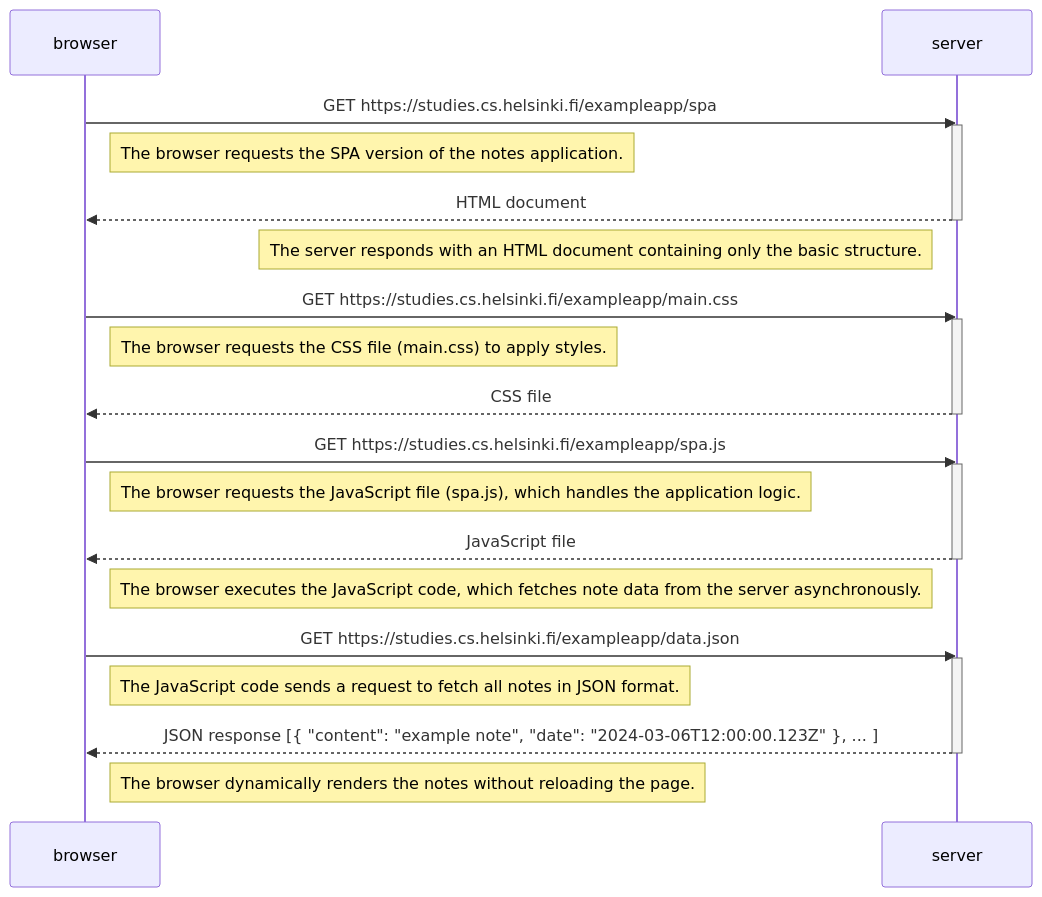
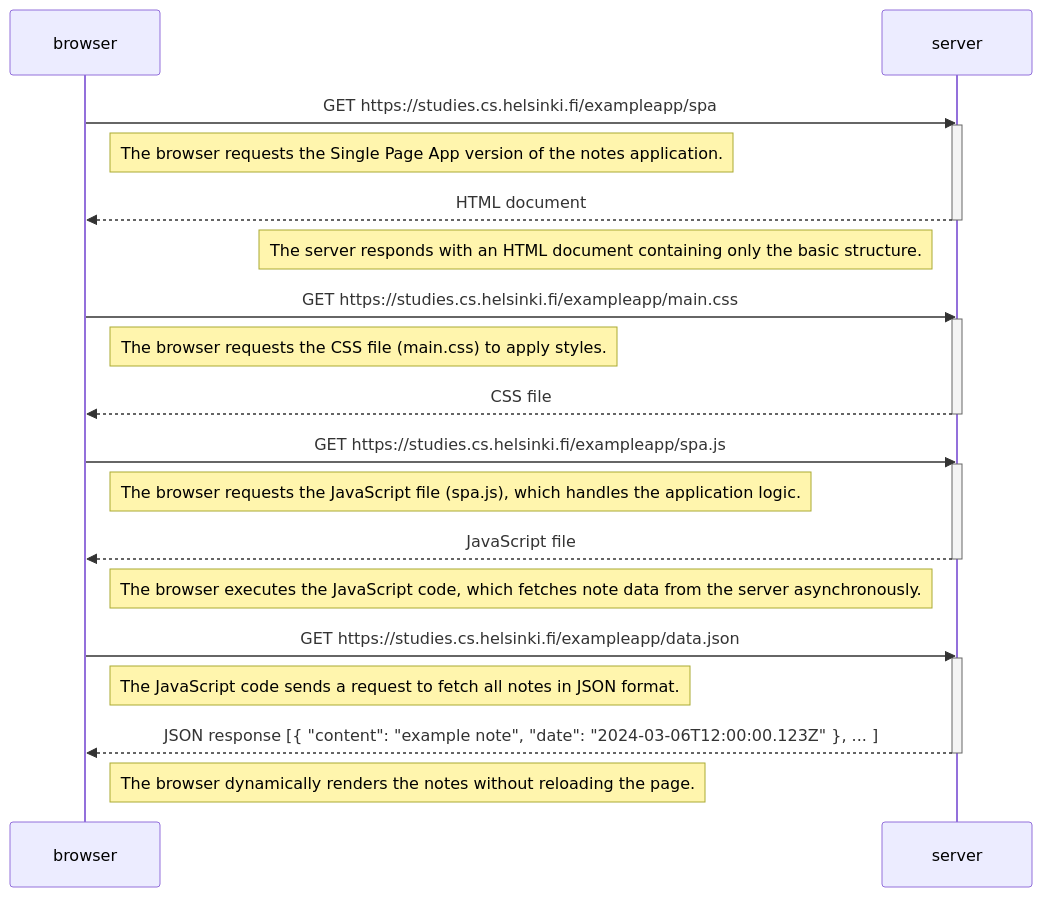
Before and after one commit to Maahantuoja/mooc_fullstackopen_palautusrepositorio: the second of 3 diagrams in osa0/README.md, drawn with Mermaid. The commit also changed other lines of this file, not shown here.

````diff
--- a/osa0/README.md
+++ b/osa0/README.md
@@ -58,43 +58,43 @@
 ```mermaid
 sequenceDiagram
     participant browser
     participant server
 
     browser->>server: GET https://studies.cs.helsinki.fi/exampleapp/spa
     activate server
 
-    Note right of browser: The browser requests the SPA version of the notes application.
+    Note right of browser: The browser requests the Single Page App version of the notes application.
 
     server-->>browser: HTML document
     deactivate server
 
     Note left of server: The server responds with an HTML document containing only the basic structure.
 
     browser->>server: GET https://studies.cs.helsinki.fi/exampleapp/main.css
     activate server
 
     Note right of browser: The browser requests the CSS file (main.css) to apply styles.
 
     server-->>browser: CSS file
     deactivate server
     
     browser->>server: GET https://studies.cs.helsinki.fi/exampleapp/spa.js
     activate server
 
     Note right of browser: The browser requests the JavaScript file (spa.js), which handles the application logic.
 
     server-->>browser: JavaScript file
     deactivate server
 
     Note right of browser: The browser executes the JavaScript code, which fetches note data from the server asynchronously.
 
     browser->>server: GET https://studies.cs.helsinki.fi/exampleapp/data.json
     activate server
 
     Note right of browser: The JavaScript code sends a request to fetch all notes in JSON format.
 
     server-->>browser: JSON response [{ "content": "example note", "date": "2024-03-06T12:00:00.123Z" }, ... ]
     deactivate server    
 
     Note right of browser: The browser dynamically renders the notes without reloading the page.
 ```
````
